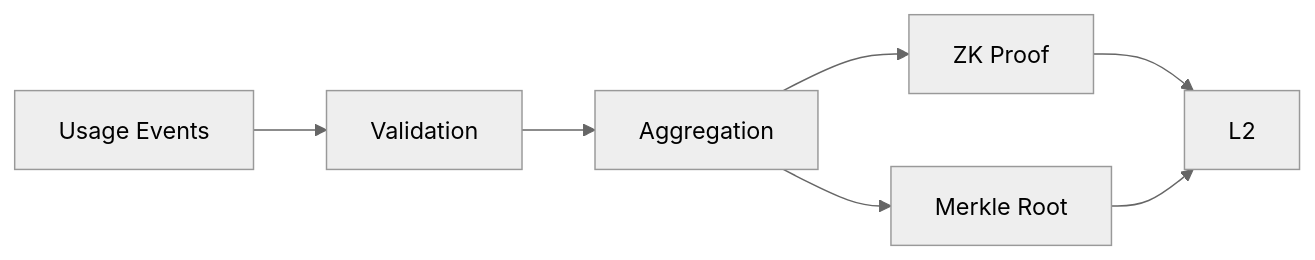
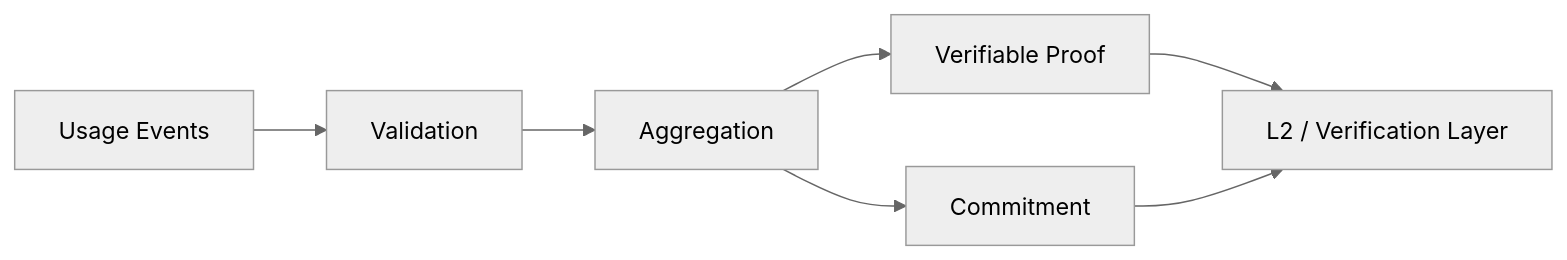
Diagram 15 of 46 in docs/whitepaper/13-roadmap.md (ShigeichiroYamasaki/creator-first-platform), drawn with Mermaid (neutral theme) before and after one commit. The commit also changed other lines of this file, not shown here.

````diff
--- a/docs/whitepaper/13-roadmap.md
+++ b/docs/whitepaper/13-roadmap.md
@@ -511,13 +497,13 @@
 ```mermaid
 flowchart LR
     EVENTS[Usage Events]
     VALID[Validation]
     AGG[Aggregation]
-    ROOT[Merkle Root]
-    PROOF[ZK Proof]
-    CHAIN[L2]
+    ROOT[Commitment]
+    PROOF[Verifiable Proof]
+    CHAIN[L2 / Verification Layer]
 
     EVENTS --> VALID --> AGG --> ROOT
     AGG --> PROOF --> CHAIN
     ROOT --> CHAIN
 ```
````
